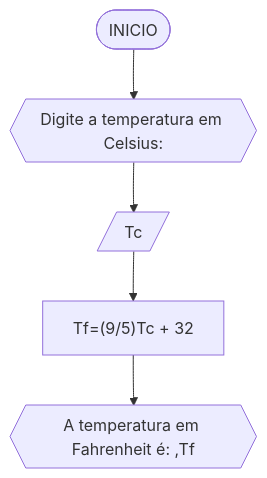
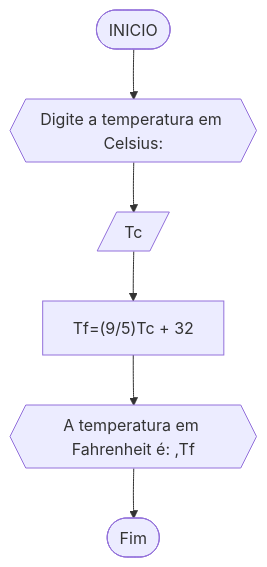
The third of 5 diagrams in RLA/unidade1/lista2.md (IsyCirino/unifor), drawn with Mermaid before and after one commit. The commit also changed other lines of this file, not shown here.

````diff
--- a/RLA/unidade1/lista2.md
+++ b/RLA/unidade1/lista2.md
@@ -100,7 +101,8 @@
 ```mermaid
 flowchart TD
 A([INICIO]) --> B{{Digite a temperatura em Celsius:}}
 B-->C[/Tc/]
 C-->D["Tf=(9/5)Tc + 32"]
 D-->E{{A temperatura em Fahrenheit é: ,Tf}}
+E-->F([Fim])
 ```
````
